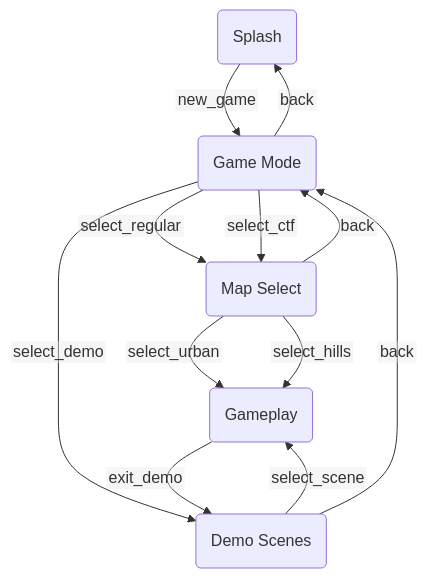
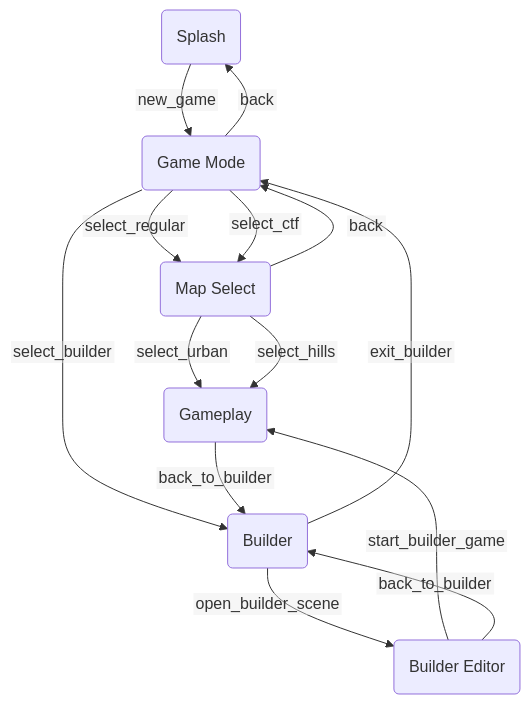
Before and after one commit to TheDeepestSpace/tbgwaf: the diagram in flow/app_flow.mmd, drawn with Mermaid. The commit also changed 40 other files, not shown here.

```diff
--- a/flow/app_flow.mmd
+++ b/flow/app_flow.mmd
@@ -1,18 +1,21 @@
 %%{init: {"flowchart": {"htmlLabels": false}, "themeVariables": {"fontFamily": "Arial, sans-serif"}}}%%
 flowchart TD
     splash("  Splash  ")
     game_mode("  Game Mode  ")
     map_select("  Map Select  ")
-    demo_scenes("  Demo Scenes  ")
+    builder("  Builder  ")
+    builder_edit("  Builder Editor  ")
     gameplay("  Gameplay  ")
     splash -->|new_game| game_mode
     game_mode -->|select_regular| map_select
     game_mode -->|select_ctf| map_select
-    game_mode -->|select_demo| demo_scenes
+    game_mode -->|select_builder| builder
     game_mode -->|back| splash
     map_select -->|select_urban| gameplay
     map_select -->|select_hills| gameplay
     map_select -->|back| game_mode
-    demo_scenes -->|select_scene| gameplay
-    demo_scenes -->|back| game_mode
-    gameplay -->|exit_demo| demo_scenes
+    builder -->|open_builder_scene| builder_edit
+    builder -->|exit_builder| game_mode
+    builder_edit -->|start_builder_game| gameplay
+    builder_edit -->|back_to_builder| builder
+    gameplay -->|back_to_builder| builder
```
